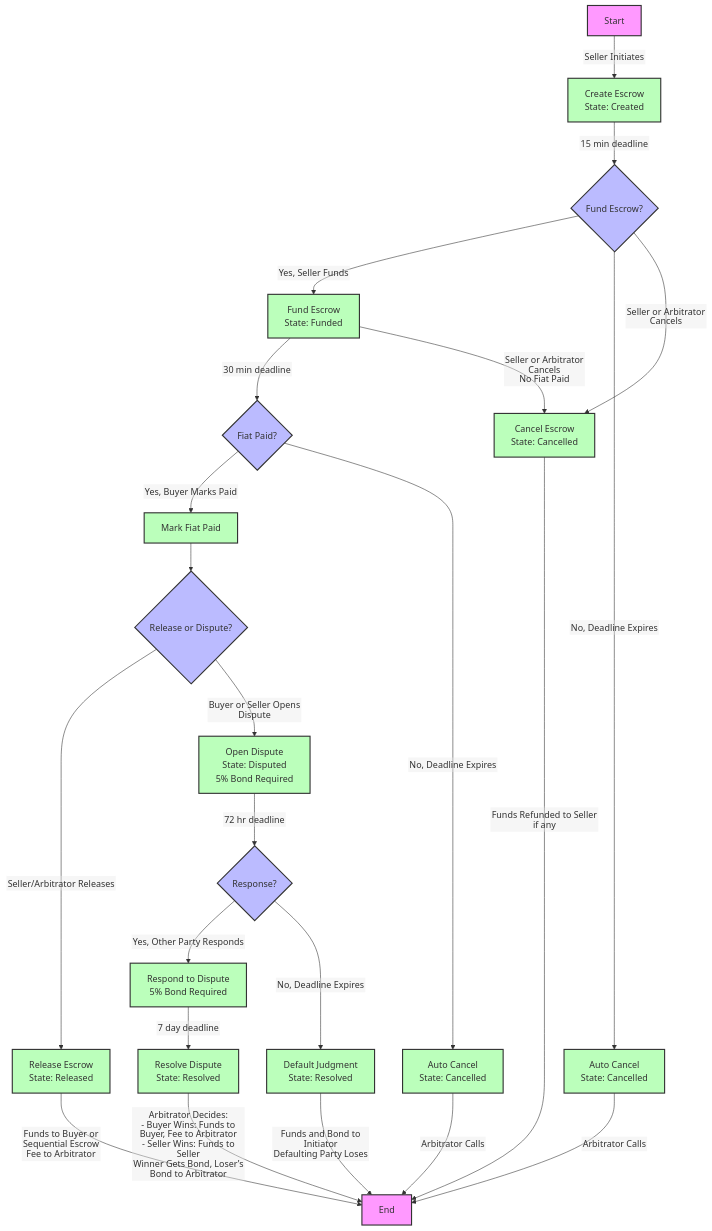
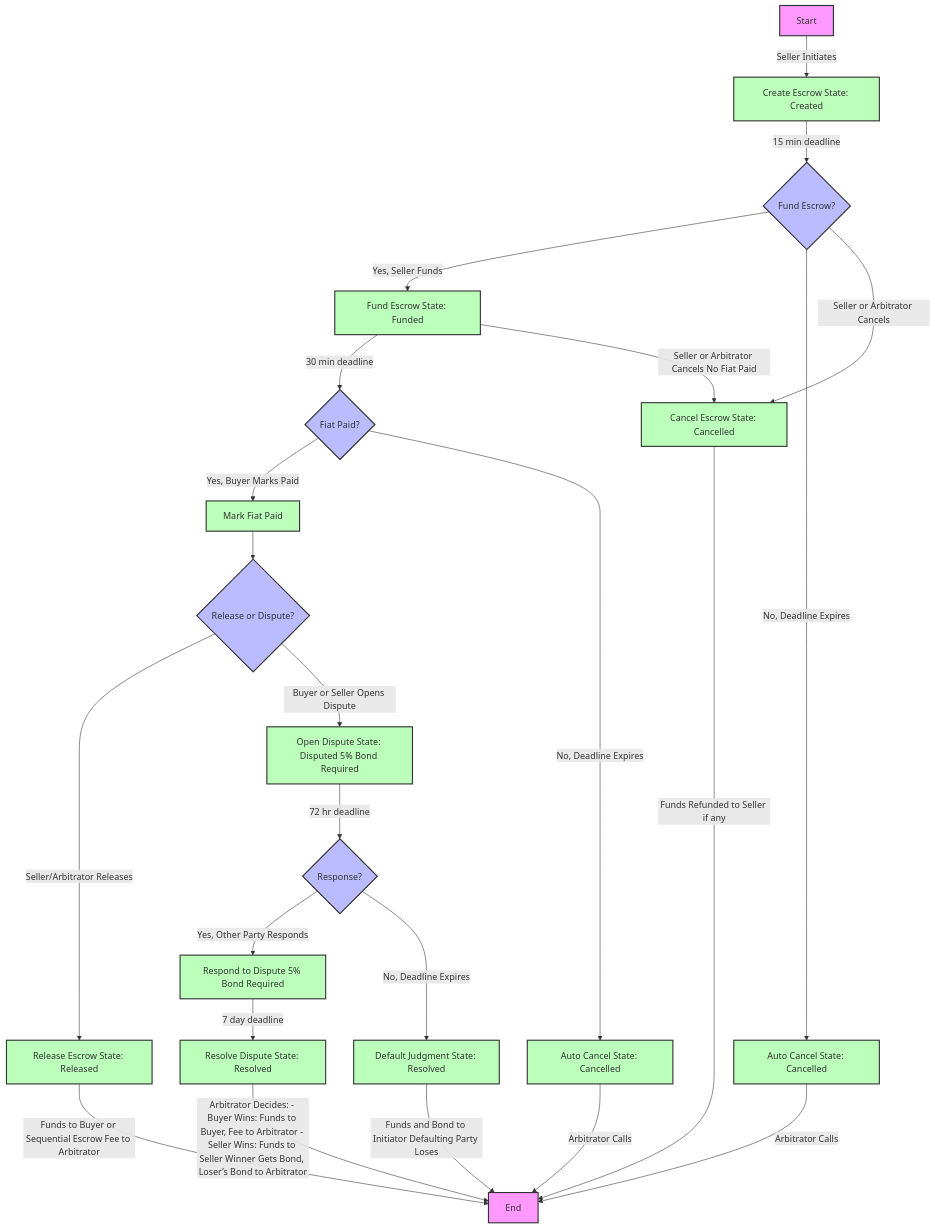
Before and after one commit to Panmoni/localsolana-contracts: the diagram in README.md, drawn with Mermaid.

Commit message:
replace linebreak with space

````diff
--- a/README.md
+++ b/README.md
@@ -133,51 +133,50 @@
 ```mermaid
-%%{init: {"flowchart": {"htmlLabels": false}} }%%
 graph TD
-    A[Start] -->|Seller Initiates| B[Create Escrow\nState: Created]
+    A[Start] -->|Seller Initiates| B[Create Escrow State: Created]
     B -->|15 min deadline| C{Fund Escrow?}
 
     %% Funding Path
-    C -->|Yes, Seller Funds| D[Fund Escrow\nState: Funded]
-    C -->|No, Deadline Expires| E[Auto Cancel\nState: Cancelled]
+    C -->|Yes, Seller Funds| D[Fund Escrow State: Funded]
+    C -->|No, Deadline Expires| E[Auto Cancel State: Cancelled]
     D -->|30 min deadline| F{Fiat Paid?}
 
     %% Fiat Paid Path
     F -->|Yes, Buyer Marks Paid| G[Mark Fiat Paid]
-    F -->|No, Deadline Expires| H[Auto Cancel\nState: Cancelled]
+    F -->|No, Deadline Expires| H[Auto Cancel State: Cancelled]
     G --> I{Release or Dispute?}
 
     %% Release Path
-    I -->|Seller/Arbitrator Releases| J[Release Escrow\nState: Released]
-    J -->|Funds to Buyer or Sequential Escrow\nFee to Arbitrator| K[End]
+    I -->|Seller/Arbitrator Releases| J[Release Escrow State: Released]
+    J -->|Funds to Buyer or Sequential Escrow Fee to Arbitrator| K[End]
 
     %% Cancel Path
-    C -->|Seller or Arbitrator Cancels| L[Cancel Escrow\nState: Cancelled]
-    D -->|Seller or Arbitrator Cancels\nNo Fiat Paid| L
+    C -->|Seller or Arbitrator Cancels| L[Cancel Escrow State: Cancelled]
+    D -->|Seller or Arbitrator Cancels No Fiat Paid| L
     L -->|Funds Refunded to Seller if any| K
 
     %% Dispute Path
-    I -->|Buyer or Seller Opens Dispute| M[Open Dispute\nState: Disputed\n5% Bond Required]
+    I -->|Buyer or Seller Opens Dispute| M[Open Dispute State: Disputed 5% Bond Required]
     M -->|72 hr deadline| N{Response?}
 
     %% Dispute Response
-    N -->|Yes, Other Party Responds| O[Respond to Dispute\n5% Bond Required]
-    N -->|No, Deadline Expires| P[Default Judgment\nState: Resolved]
-    P -->|Funds and Bond to Initiator\nDefaulting Party Loses| K
+    N -->|Yes, Other Party Responds| O[Respond to Dispute 5% Bond Required]
+    N -->|No, Deadline Expires| P[Default Judgment State: Resolved]
+    P -->|Funds and Bond to Initiator Defaulting Party Loses| K
 
     %% Dispute Resolution
-    O -->|7 day deadline| Q[Resolve Dispute\nState: Resolved]
-    Q -->|Arbitrator Decides:\n- Buyer Wins: Funds to Buyer, Fee to Arbitrator\n- Seller Wins: Funds to Seller\nWinner Gets Bond, Loser’s Bond to Arbitrator| K
+    O -->|7 day deadline| Q[Resolve Dispute State: Resolved]
+    Q -->|Arbitrator Decides: - Buyer Wins: Funds to Buyer, Fee to Arbitrator - Seller Wins: Funds to Seller Winner Gets Bond, Loser’s Bond to Arbitrator| K
 
     %% Auto Cancel by Arbitrator
     E -->|Arbitrator Calls| K
     H -->|Arbitrator Calls| K
 
     %% Styling
     classDef terminal fill:#f9f,stroke:#333,stroke-width:2px
     classDef decision fill:#bbf,stroke:#333,stroke-width:2px
     classDef process fill:#bfb,stroke:#333,stroke-width:2px
 
     class A,K terminal
     class C,F,I,N decision
     class B,D,G,J,L,M,O,P,Q,E,H process
 ```
````
